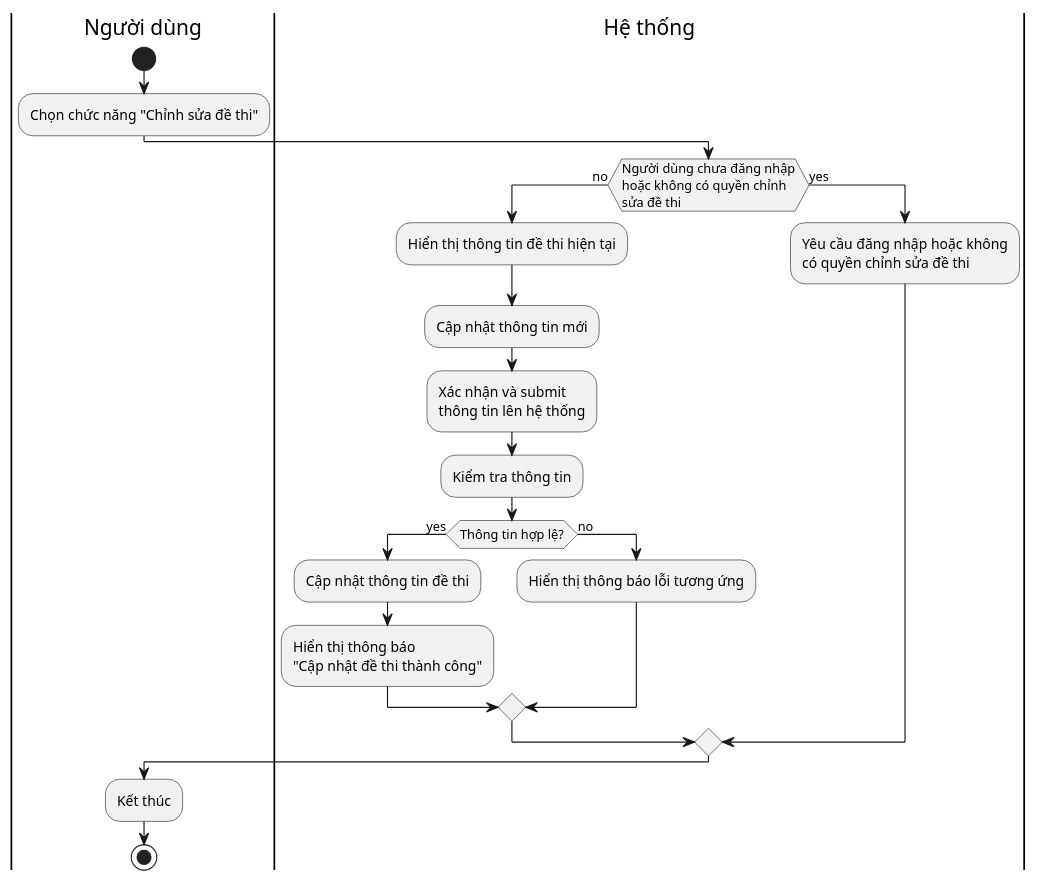
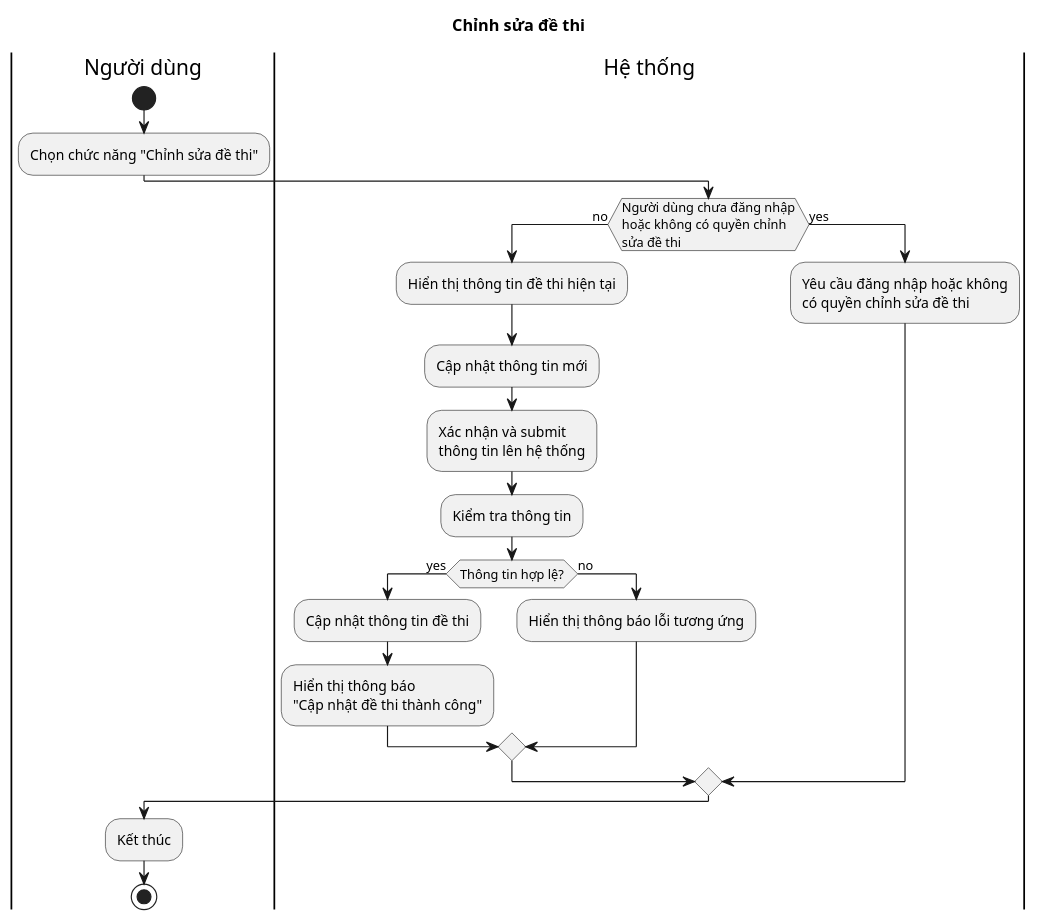
One commit to minh-tn-hust/leetcodedesign changed the diagram in Diagram/Activity/Chỉnh sửa đề thi.plantuml. Above: the diagram before and after it, drawn with PlantUML. The commit also changed 31 other files, not shown here.

```diff
--- a/Diagram/Activity/Chỉnh sửa đề thi.plantuml
+++ b/Diagram/Activity/Chỉnh sửa đề thi.plantuml
@@ -1,24 +1,25 @@
 @startuml
+title Chỉnh sửa đề thi
 |Người dùng|
 start
 :Chọn chức năng "Chỉnh sửa đề thi";
 |Hệ thống|
 if (Người dùng chưa đăng nhập\nhoặc không có quyền chỉnh\nsửa đề thi) then (no)
   :Hiển thị thông tin đề thi hiện tại;
   :Cập nhật thông tin mới;
   :Xác nhận và submit \nthông tin lên hệ thống;
   |Hệ thống|
   :Kiểm tra thông tin;
   if (Thông tin hợp lệ?) then (yes)
     :Cập nhật thông tin đề thi;
     :Hiển thị thông báo\n"Cập nhật đề thi thành công";
   else (no)
     :Hiển thị thông báo lỗi tương ứng;
   endif
 else (yes)
   :Yêu cầu đăng nhập hoặc không\ncó quyền chỉnh sửa đề thi;
 endif
 |Người dùng|
 :Kết thúc;
 stop
 @enduml
```
